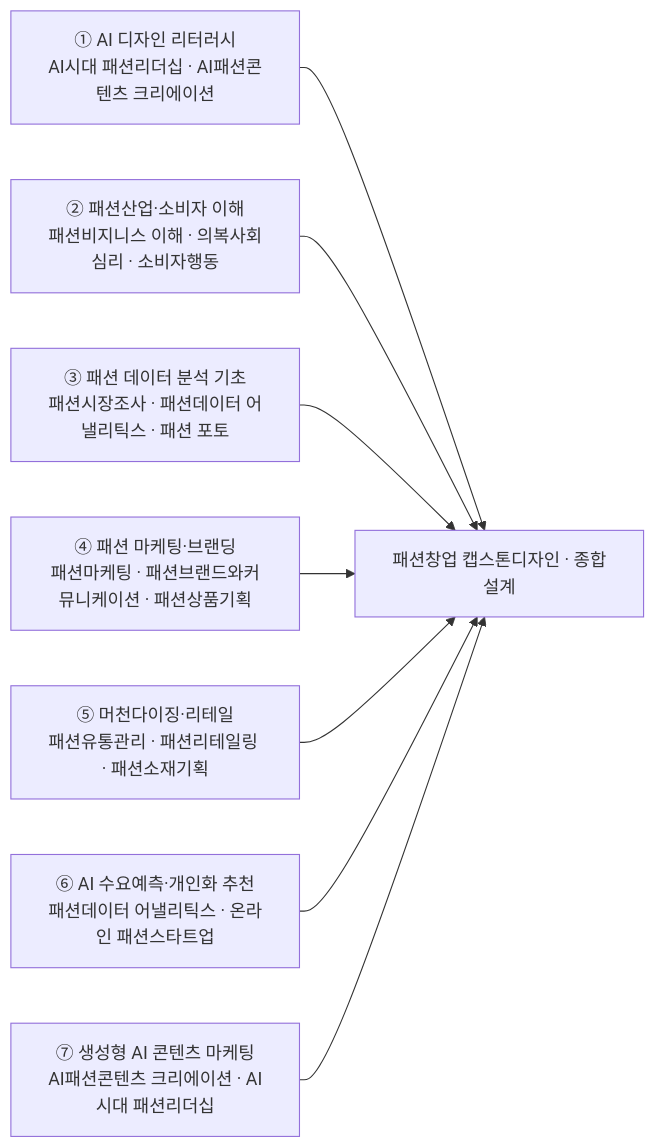
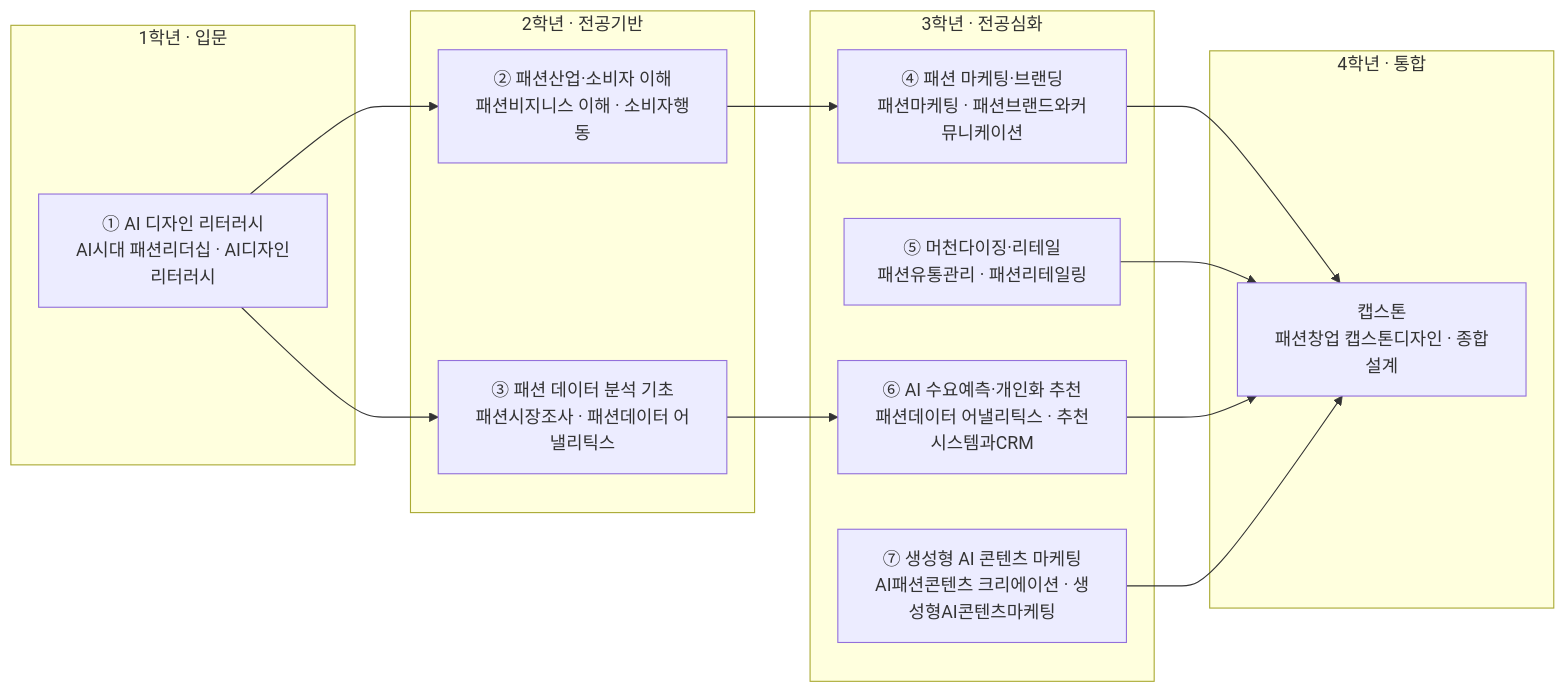
Before and after one commit to parclab-hsu/ai-curriculum-2026: the diagram in docs/design/fashion-marketing.md, drawn with Mermaid. The commit also changed other lines of this file and 22 other files, not shown here.

First line of the commit message:
모듈 다이어그램 강화 — 1~4학년 로드맵 + 모듈-역량 매핑 (23개 트랙)

````diff
--- a/docs/design/fashion-marketing.md
+++ b/docs/design/fashion-marketing.md
@@ -98,11 +98,27 @@
 ```mermaid
 flowchart LR
-  M1["① AI 디자인 리터러시<br/>AI시대 패션리더십 · AI패션콘텐츠 크리에이션"] --> CAP
-  M2["② 패션산업·소비자 이해<br/>패션비지니스 이해 · 의복사회심리 · 소비자행동"] --> CAP
-  M3["③ 패션 데이터 분석 기초<br/>패션시장조사 · 패션데이터 어낼리틱스 · 패션 포토"] --> CAP
-  M4["④ 패션 마케팅·브랜딩<br/>패션마케팅 · 패션브랜드와커뮤니케이션 · 패션상품기획"] --> CAP
-  M5["⑤ 머천다이징·리테일<br/>패션유통관리 · 패션리테일링 · 패션소재기획"] --> CAP
-  M6["⑥ AI 수요예측·개인화 추천<br/>패션데이터 어낼리틱스 · 온라인 패션스타트업"] --> CAP
-  M7["⑦ 생성형 AI 콘텐츠 마케팅<br/>AI패션콘텐츠 크리에이션 · AI시대 패션리더십"] --> CAP
-  CAP["패션창업 캡스톤디자인 · 종합설계"]
+  subgraph Y1["1학년 · 입문"]
+    A0["① AI 디자인 리터러시<br/>AI시대 패션리더십 · AI디자인리터러시"]
+  end
+  subgraph Y2["2학년 · 전공기반"]
+    M2["② 패션산업·소비자 이해<br/>패션비지니스 이해 · 소비자행동"]
+    M3["③ 패션 데이터 분석 기초<br/>패션시장조사 · 패션데이터 어낼리틱스"]
+  end
+  subgraph Y3["3학년 · 전공심화"]
+    M4["④ 패션 마케팅·브랜딩<br/>패션마케팅 · 패션브랜드와커뮤니케이션"]
+    M5["⑤ 머천다이징·리테일<br/>패션유통관리 · 패션리테일링"]
+    M6["⑥ AI 수요예측·개인화 추천<br/>패션데이터 어낼리틱스 · 추천시스템과CRM"]
+    M7["⑦ 생성형 AI 콘텐츠 마케팅<br/>AI패션콘텐츠 크리에이션 · 생성형AI콘텐츠마케팅"]
+  end
+  subgraph Y4["4학년 · 통합"]
+    CAP["캡스톤<br/>패션창업 캡스톤디자인 · 종합설계"]
+  end
+  A0 --> M2
+  A0 --> M3
+  M2 --> M4
+  M3 --> M6
+  M4 --> CAP
+  M5 --> CAP
+  M6 --> CAP
+  M7 --> CAP
 ```
````
